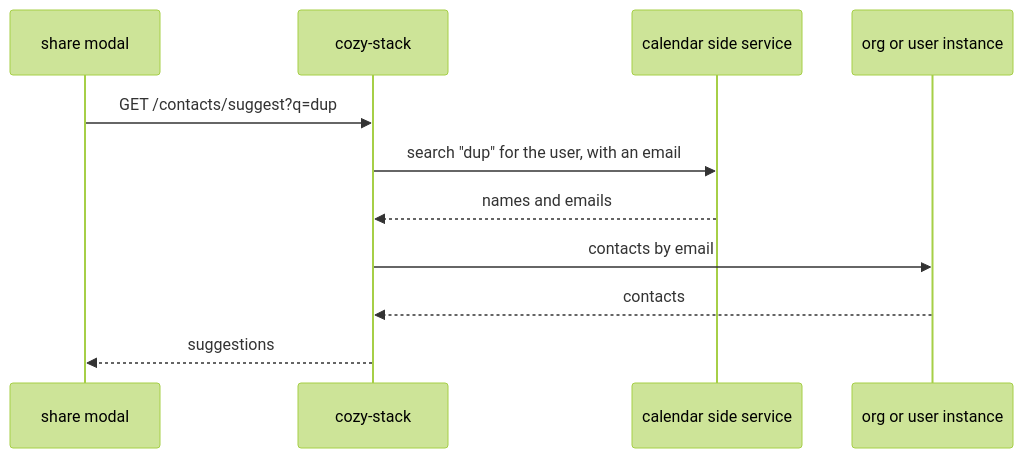
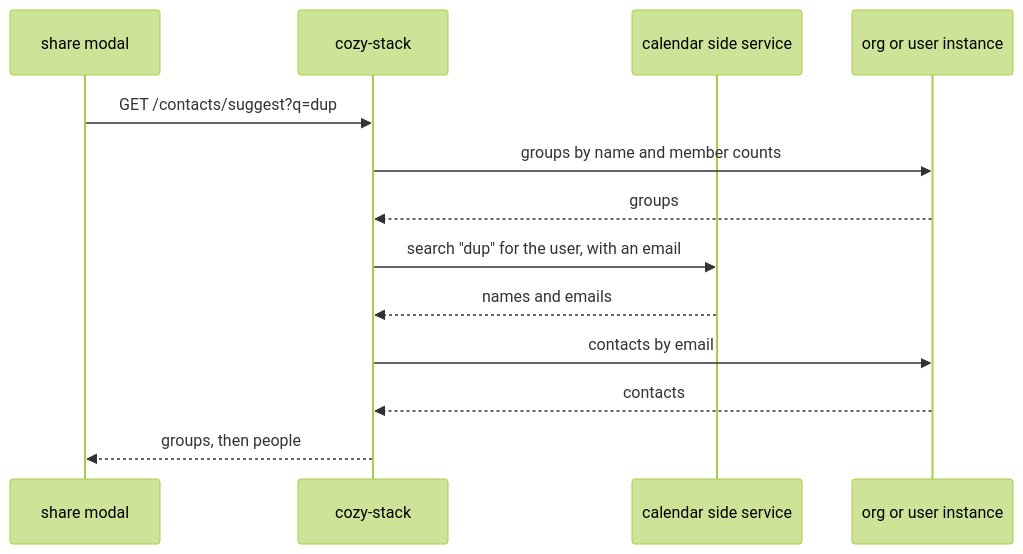
One commit to linagora/cozy-stack changed the diagram in docs/adr/005-adr-contact-suggestions.md. Above: the diagram before and after it, drawn with Mermaid (forest theme). The commit also changed other lines of this file, not shown here.

Commit message:
docs: Update contact suggestions ADR to match implementation

````diff
--- a/docs/adr/005-adr-contact-suggestions.md
+++ b/docs/adr/005-adr-contact-suggestions.md
@@ -28,14 +28,16 @@
 ```mermaid
 sequenceDiagram
   participant M as share modal
   participant S as cozy-stack
   participant C as calendar side service
   participant I as org or user instance
 
   M->>S: GET /contacts/suggest?q=dup
+  S->>I: groups by name and member counts
+  I-->>S: groups
   S->>C: search "dup" for the user, with an email
   C-->>S: names and emails
   S->>I: contacts by email
   I-->>S: contacts
-  S-->>M: suggestions
+  S-->>M: groups, then people
 ```
````
